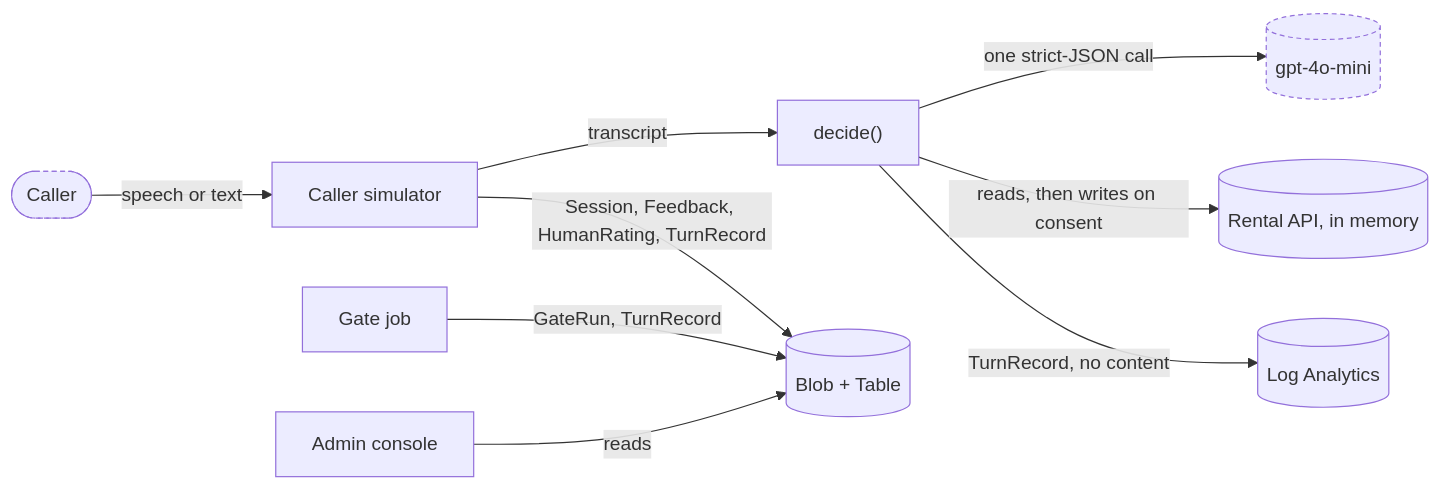
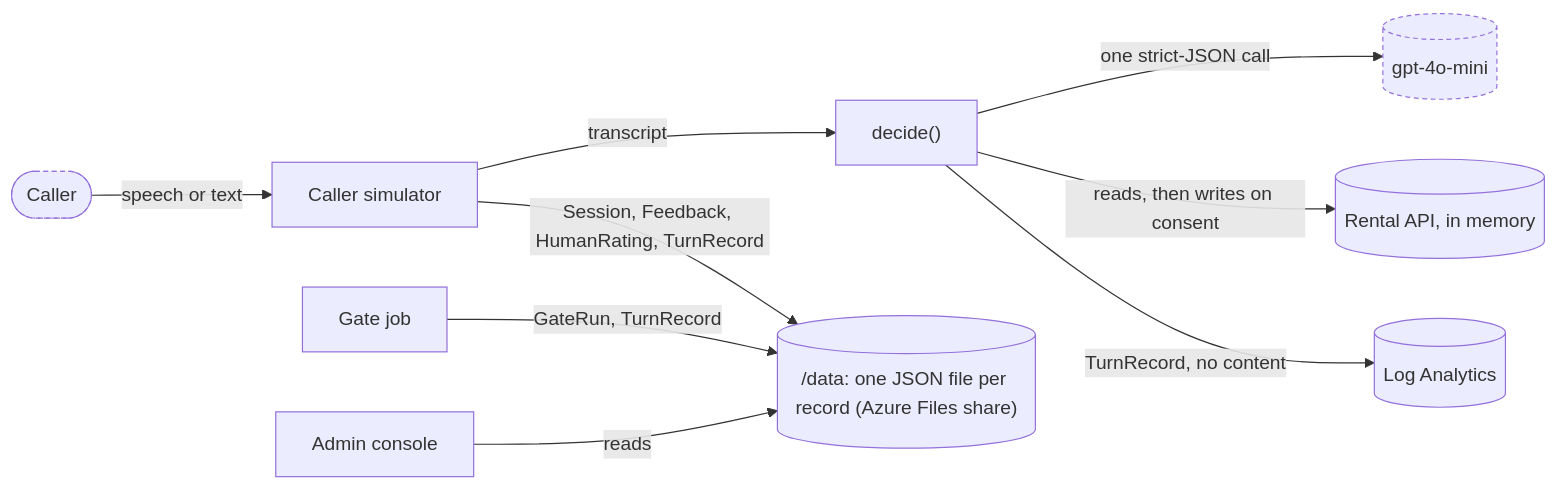
Before and after one commit to GoxMAN8/pirtis-on-wheels: the diagram in SPEC.md, drawn with Mermaid. The commit also changed other lines of this file and 1 other file, not shown here.

First line of the commit message:
docs: minimal Azure, one mounted file share for our data

````diff
--- a/SPEC.md
+++ b/SPEC.md
@@ -332,13 +355,13 @@
 ```mermaid
 flowchart LR
   caller([Caller]) -- speech or text --> sim[Caller simulator]
   sim -- transcript --> decide["decide()"]
   decide -- one strict-JSON call --> llm[(gpt-4o-mini)]
   decide -- reads, then writes on consent --> api[(Rental API, in memory)]
   decide -- TurnRecord, no content --> logs[(Log Analytics)]
-  sim -- Session, Feedback, HumanRating, TurnRecord --> store[(Blob + Table)]
+  sim -- Session, Feedback, HumanRating, TurnRecord --> store[("/data: one JSON file per record (Azure Files share)")]
   gatejob[Gate job] -- GateRun, TurnRecord --> store
   admin[Admin console] -- reads --> store
   classDef untrusted stroke-dasharray: 4 3
   class caller,llm untrusted
 ```
````
